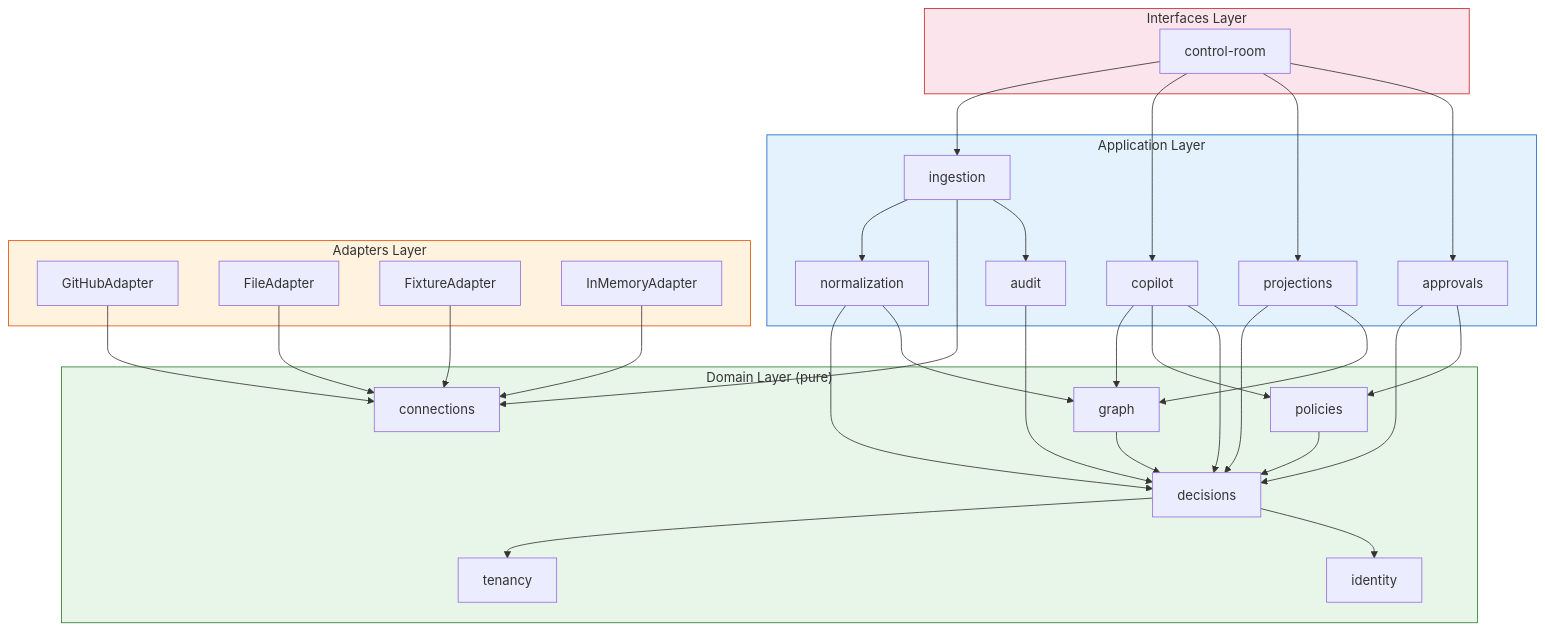
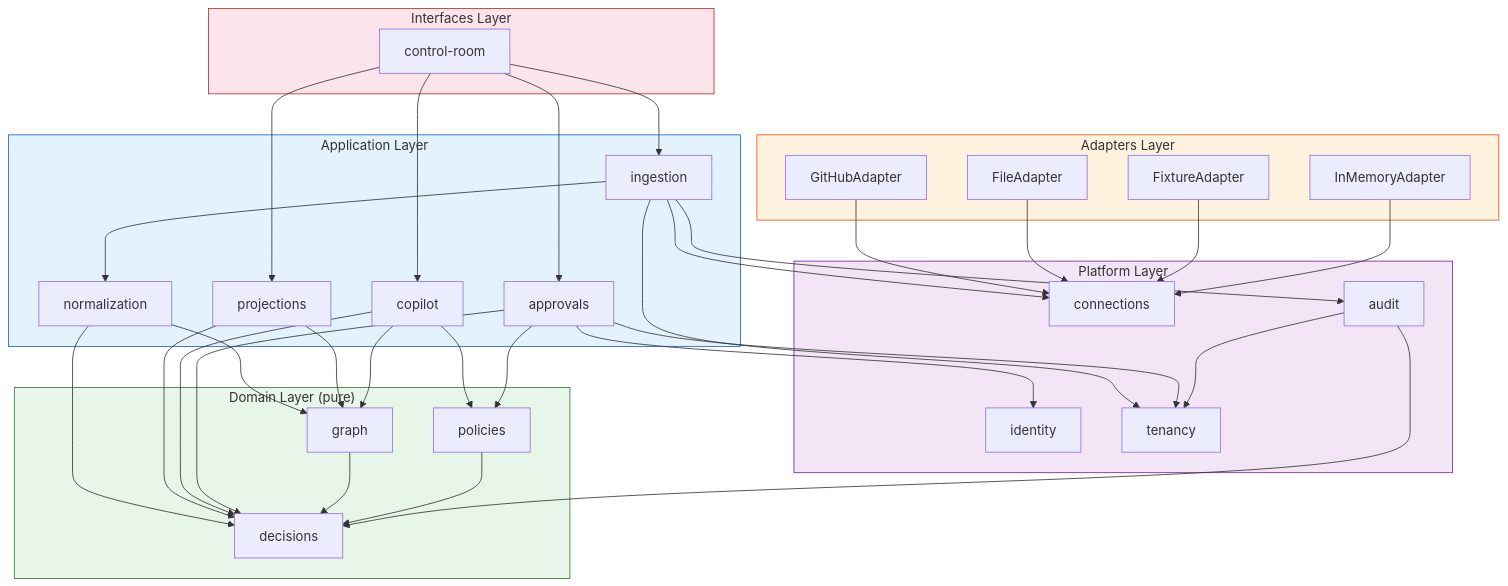
The first of 3 diagrams in docs/architecture/ARCHITECTURE.md (maemreyo/work-frontier), drawn with Mermaid before and after one commit. The commit also changed other lines of this file and 101 other files, not shown here.

````diff
--- a/docs/architecture/ARCHITECTURE.md
+++ b/docs/architecture/ARCHITECTURE.md
@@ -83,65 +85,71 @@
 ```mermaid
 flowchart TB
     subgraph Interfaces ["Interfaces Layer"]
         CR["control-room"]
     end
 
     subgraph Application ["Application Layer"]
         ING["ingestion"]
         NORM["normalization"]
         PROJ["projections"]
         APRV["approvals"]
         COP["copilot"]
+    end
+
+    subgraph Platform ["Platform Layer"]
+        ID["identity"]
+        TEN["tenancy"]
+        CONN["connections"]
         AUD["audit"]
     end
 
     subgraph Adapters ["Adapters Layer"]
         GH["GitHubAdapter"]
         FA["FileAdapter"]
         FIX["FixtureAdapter"]
         MEM["InMemoryAdapter"]
     end
 
     subgraph Domain ["Domain Layer (pure)"]
-        ID["identity"]
-        TEN["tenancy"]
-        CONN["connections"]
         GRA["graph"]
         POL["policies"]
         DEC["decisions"]
     end
 
     CR --> ING
     CR --> COP
     CR --> PROJ
     CR --> APRV
 
     ING --> NORM
     ING --> CONN
-    ING --> AUD
     NORM --> DEC
     NORM --> GRA
     PROJ --> DEC
     PROJ --> GRA
     COP --> GRA
     COP --> POL
     COP --> DEC
     APRV --> DEC
     APRV --> POL
 
     GH --> CONN
     FA --> CONN
     FIX --> CONN
     MEM --> CONN
 
-    DEC --> TEN
-    DEC --> ID
+    ING --> TEN
+    ING --> AUD
+    APRV --> ID
+    APRV --> TEN
+    AUD --> TEN
     GRA --> DEC
     POL --> DEC
     AUD --> DEC
 
     style Domain fill:#e8f5e9,stroke:#2e7d32
     style Application fill:#e3f2fd,stroke:#1565c0
+    style Platform fill:#f3e5f5,stroke:#7b1fa2
     style Adapters fill:#fff3e0,stroke:#e65100
     style Interfaces fill:#fce4ec,stroke:#c62828
 ```
````
